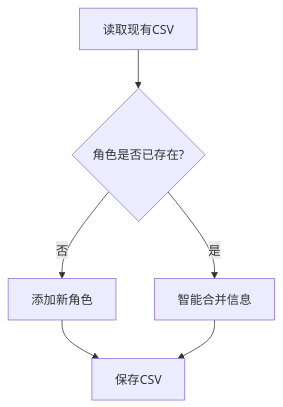
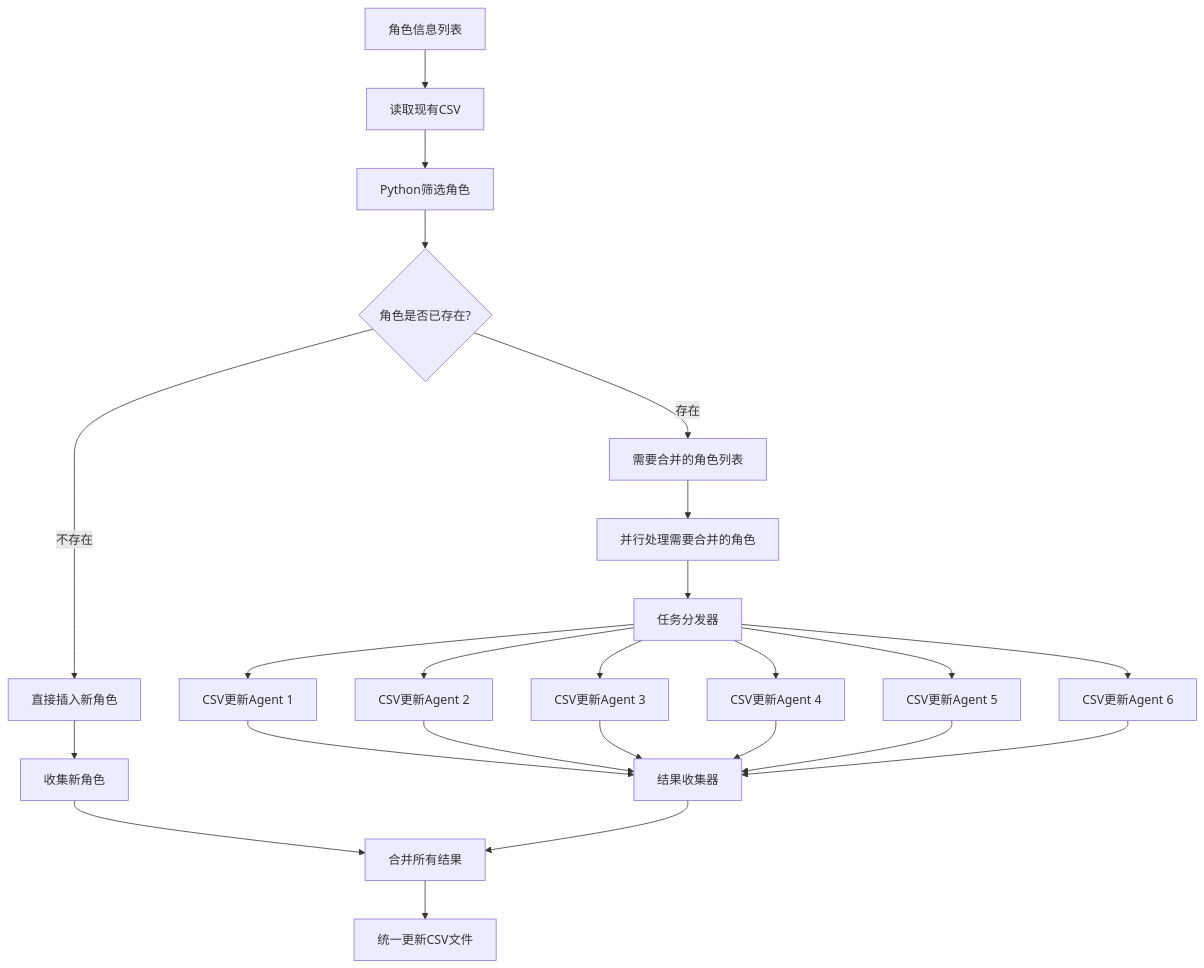
One commit to xueanxi/sharebook changed the fifth of 8 diagrams in docs/角色提取设计.md. Above: the diagram before and after it, drawn with Mermaid. The commit also changed other lines of this file and 1 other file, not shown here.

````diff
--- a/docs/角色提取设计.md
+++ b/docs/角色提取设计.md
@@ -104,8 +154,26 @@
   ```mermaid
   flowchart TD
-      A[读取现有CSV] --> B{角色是否已存在?}
-      B -->|否| C[添加新角色]
-      B -->|是| D[智能合并信息]
-      C --> E[保存CSV]
-      D --> E
+      A[角色信息列表] --> B[读取现有CSV]
+      B --> C[Python筛选角色]
+      C --> D{角色是否已存在?}
+      D -->|不存在| E[直接插入新角色]
+      D -->|存在| F[需要合并的角色列表]
+      E --> G[收集新角色]
+      F --> H[并行处理需要合并的角色]
+      H --> I[任务分发器]
+      I --> J[CSV更新Agent 1]
+      I --> K[CSV更新Agent 2]
+      I --> L[CSV更新Agent 3]
+      I --> M[CSV更新Agent 4]
+      I --> N[CSV更新Agent 5]
+      I --> O[CSV更新Agent 6]
+      J --> P[结果收集器]
+      K --> P
+      L --> P
+      M --> P
+      N --> P
+      O --> P
+      G --> Q[合并所有结果]
+      P --> Q
+      Q --> R[统一更新CSV文件]
   ```
````
